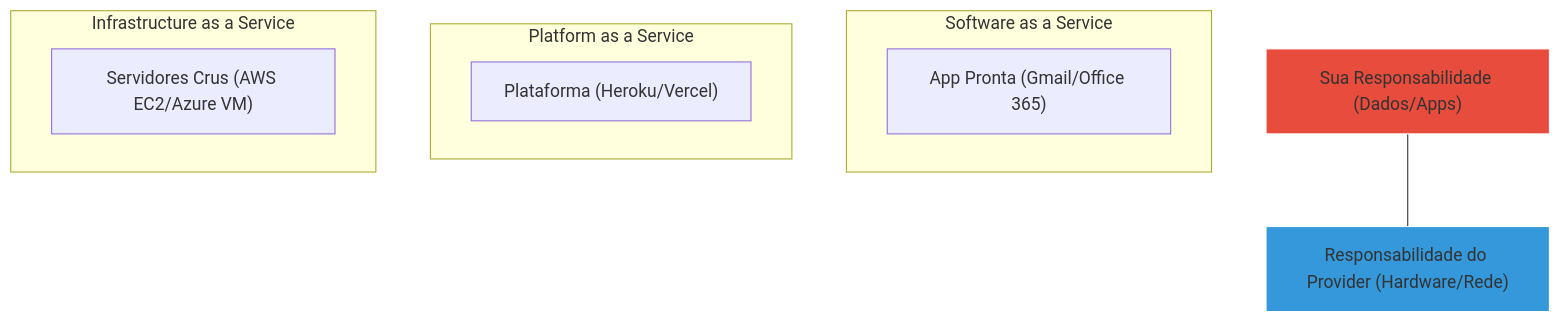
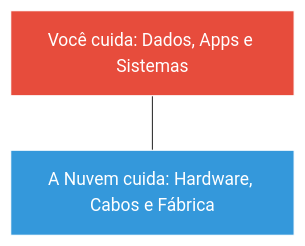
One commit to Mushyc/WIKI_MATHEUS_TI changed the diagram in guias/Curso_Cloud_Computing.md. Above: the diagram before and after it, drawn with Mermaid. The commit also changed other lines of this file and 18 other files, not shown here.

````diff
--- a/guias/Curso_Cloud_Computing.md
+++ b/guias/Curso_Cloud_Computing.md
@@ -13,19 +32,7 @@
 ```mermaid
 graph TD
-    User["Sua Responsabilidade (Dados/Apps)"] --- Provider["Responsabilidade do Provider (Hardware/Rede)"]
+    User["Você cuida: Dados, Apps e Sistemas"] --- Provider["A Nuvem cuida: Hardware, Cabos e Fábrica"]
     
-    subgraph SaaS [Software as a Service]
-        S["App Pronta (Gmail/Office 365)"]
-    end
-    
-    subgraph PaaS [Platform as a Service]
-        P["Plataforma (Heroku/Vercel)"]
-    end
-    
-    subgraph IaaS [Infrastructure as a Service]
-        I["Servidores Crus (AWS EC2/Azure VM)"]
-    end
-    
-    style User fill:#e74c3c,stroke:#fff
-    style Provider fill:#3498db,stroke:#fff
+    style User fill:#e74c3c,stroke:#fff,color:#fff
+    style Provider fill:#3498db,stroke:#fff,color:#fff
 ```
````
